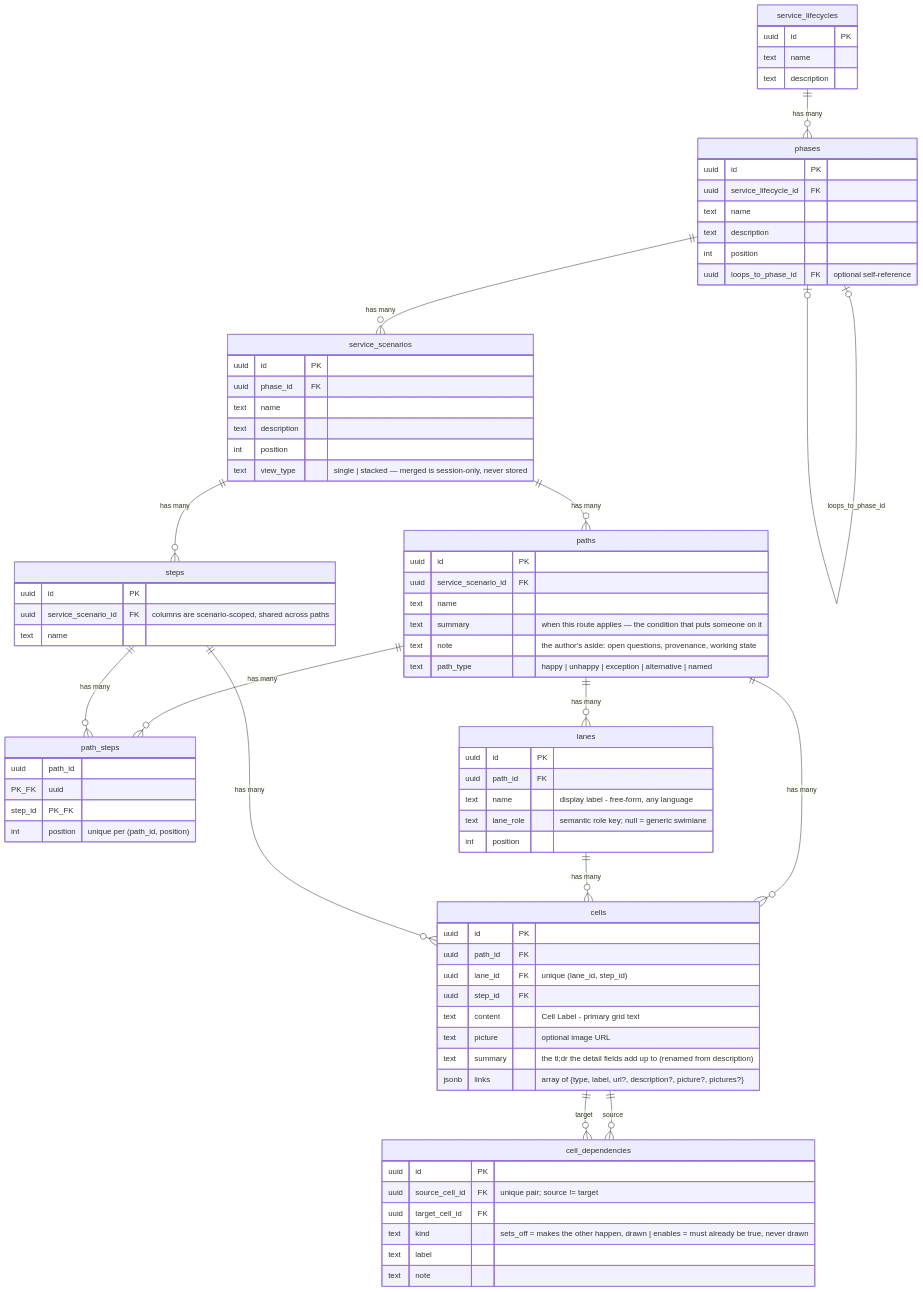
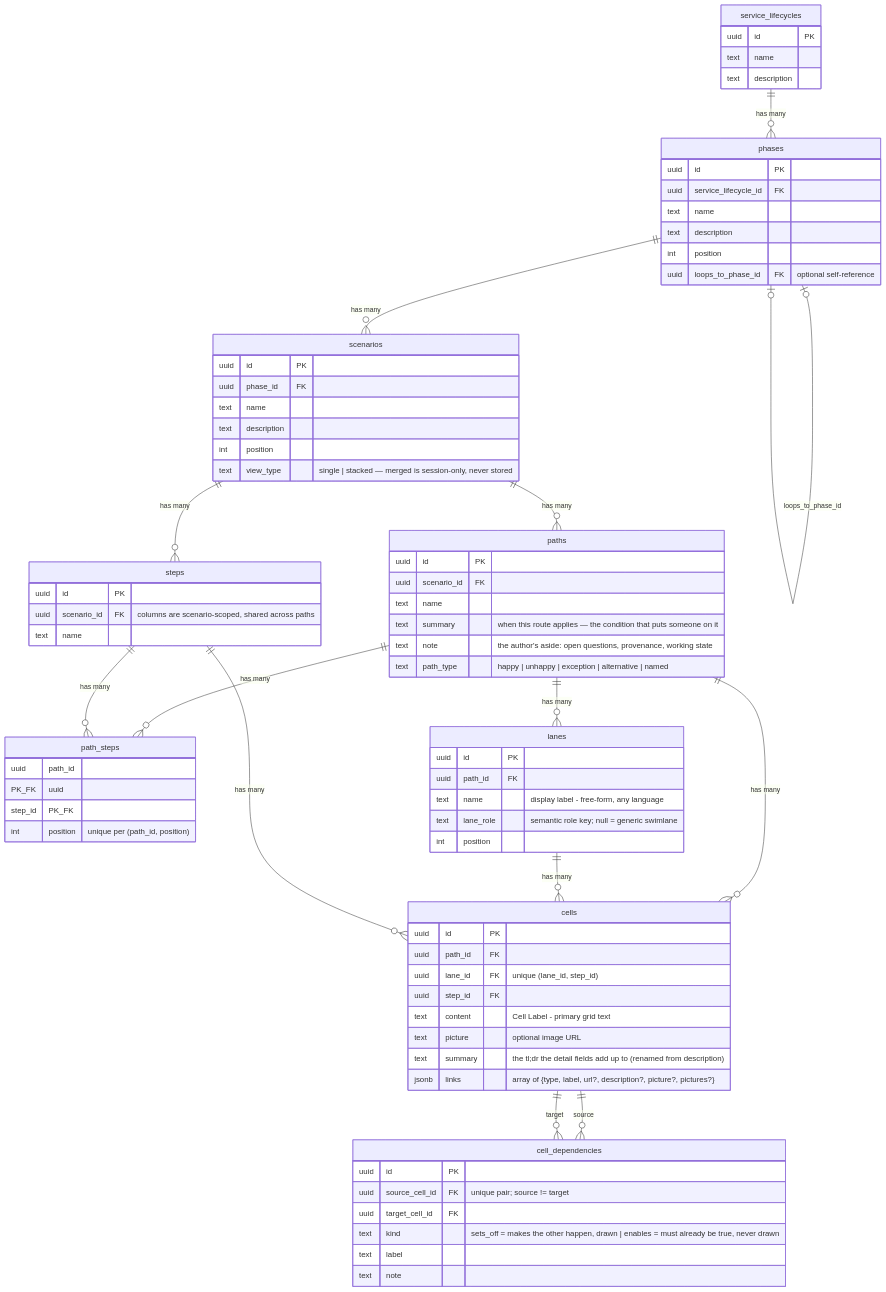
Before and after one commit to BilLogic/plus-uno-blueprint: the diagram in src/lib/agent/skill/references/data-model.md, drawn with Mermaid. The commit also changed other lines of this file and 47 other files, not shown here.

First line of the commit message:
refactor(scenarios): drop the service_ prefix

````diff
--- a/src/lib/agent/skill/references/data-model.md
+++ b/src/lib/agent/skill/references/data-model.md
@@ -33,26 +33,26 @@
 ```mermaid
 erDiagram
   service_lifecycles ||--o{ phases : "has many"
-  phases ||--o{ service_scenarios : "has many"
+  phases ||--o{ scenarios : "has many"
   phases |o--o| phases : "loops_to_phase_id"
-  service_scenarios ||--o{ paths : "has many"
-  service_scenarios ||--o{ steps : "has many"
+  scenarios ||--o{ paths : "has many"
+  scenarios ||--o{ steps : "has many"
   paths ||--o{ path_steps : "has many"
   steps ||--o{ path_steps : "has many"
   paths ||--o{ lanes : "has many"
   paths ||--o{ cells : "has many"
   lanes ||--o{ cells : "has many"
   steps ||--o{ cells : "has many"
   cells ||--o{ cell_dependencies : "source"
   cells ||--o{ cell_dependencies : "target"
 
   service_lifecycles { uuid id PK  text name  text description }
   phases { uuid id PK  uuid service_lifecycle_id FK  text name  text description  int position  uuid loops_to_phase_id FK "optional self-reference" }
-  service_scenarios { uuid id PK  uuid phase_id FK  text name  text description  int position  text view_type "single | stacked — merged is session-only, never stored" }
-  paths { uuid id PK  uuid service_scenario_id FK  text name  text summary "when this route applies — the condition that puts someone on it"  text note "the author's aside: open questions, provenance, working state"  text path_type "happy | unhappy | exception | alternative | named" }
-  steps { uuid id PK  uuid service_scenario_id FK "columns are scenario-scoped, shared across paths"  text name }
+  scenarios { uuid id PK  uuid phase_id FK  text name  text description  int position  text view_type "single | stacked — merged is session-only, never stored" }
+  paths { uuid id PK  uuid scenario_id FK  text name  text summary "when this route applies — the condition that puts someone on it"  text note "the author's aside: open questions, provenance, working state"  text path_type "happy | unhappy | exception | alternative | named" }
+  steps { uuid id PK  uuid scenario_id FK "columns are scenario-scoped, shared across paths"  text name }
   path_steps { uuid path_id PK_FK  uuid step_id PK_FK  int position "unique per (path_id, position)" }
   lanes { uuid id PK  uuid path_id FK  text name "display label - free-form, any language"  text lane_role "semantic role key; null = generic swimlane"  int position }
   cells { uuid id PK  uuid path_id FK  uuid lane_id FK "unique (lane_id, step_id)"  uuid step_id FK  text content "Cell Label - primary grid text"  text picture "optional image URL"  text summary "the tl;dr the detail fields add up to (renamed from description)"  jsonb links "array of {type, label, url?, description?, picture?, pictures?}" }
   cell_dependencies { uuid id PK  uuid source_cell_id FK "unique pair; source != target"  uuid target_cell_id FK  text kind "sets_off = makes the other happen, drawn | enables = must already be true, never drawn"  text label  text note }
 ```
````
